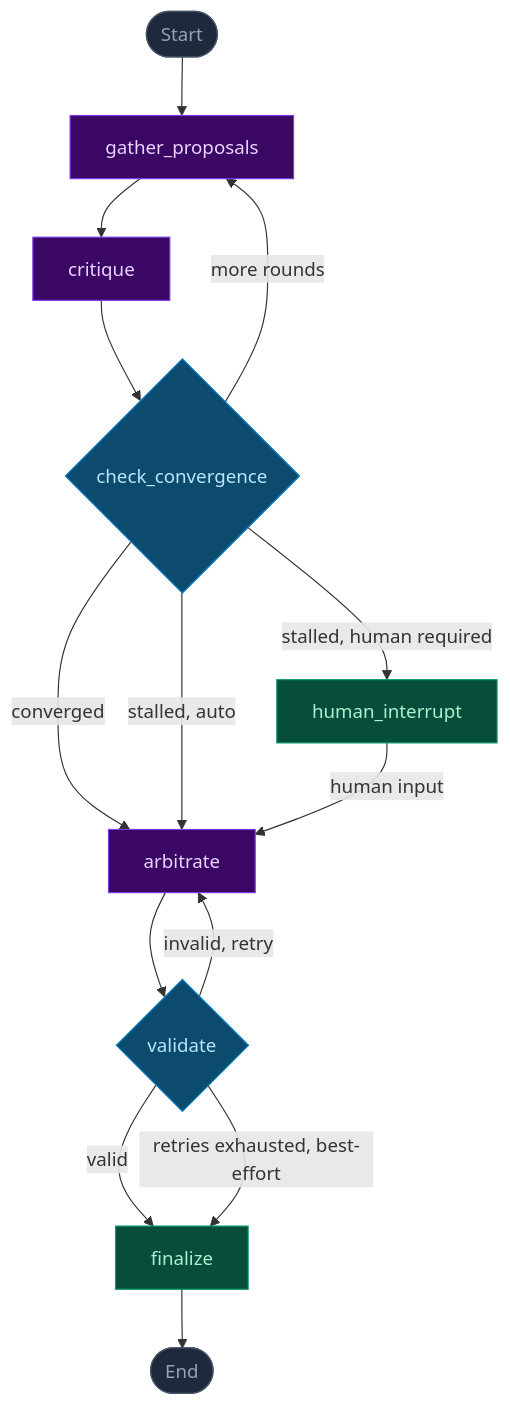
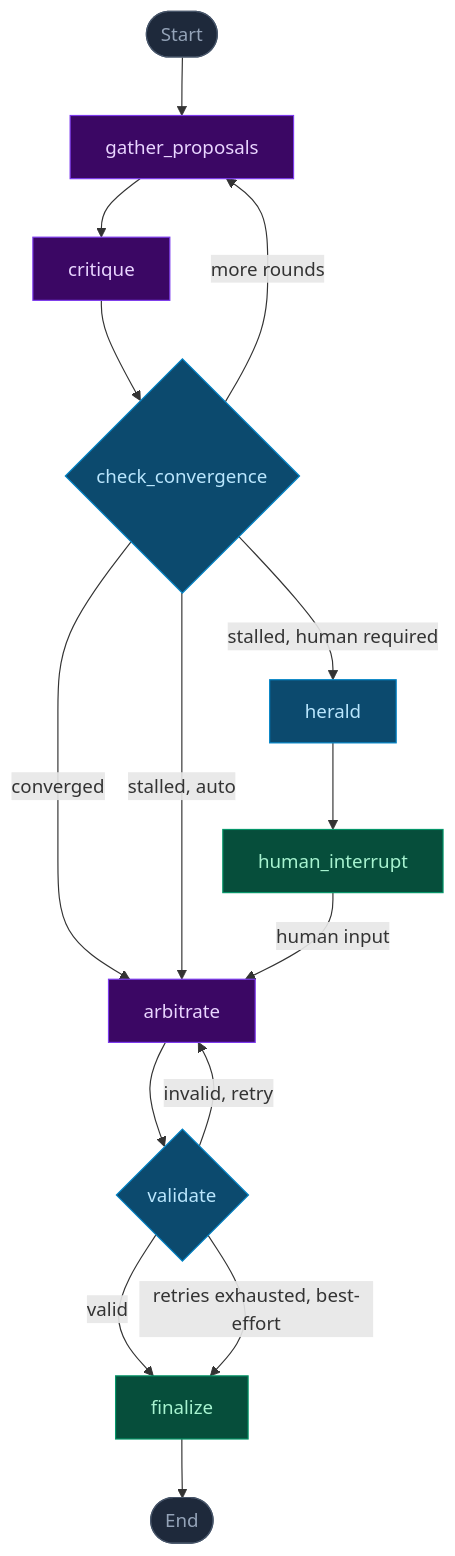
The diagram in docs/langgraph-workflow.md (Zoeyyhc/weekforge), drawn with Mermaid before and after one commit. The commit also changed other lines of this file and 3 other files, not shown here.

````diff
--- a/docs/langgraph-workflow.md
+++ b/docs/langgraph-workflow.md
@@ -5,33 +5,35 @@
 ```mermaid
 flowchart TD
     A([Start]) --> B
     B[gather_proposals] --> C
     C[critique] --> D
     D{check_convergence}
+    HER[herald]
     E[human_interrupt]
     F[arbitrate]
     G{validate}
     H[finalize]
     Z([End])
 
     D -->|converged| F
     D -->|more rounds| B
-    D -->|stalled, human required| E
+    D -->|stalled, human required| HER
     D -->|stalled, auto| F
+    HER --> E
     E -->|human input| F
     F --> G
     G -->|valid| H
     G -->|invalid, retry| F
     G -->|retries exhausted, best-effort| H
     H --> Z
 
     classDef crewai fill:#3b0764,stroke:#7c3aed,color:#e9d5ff
     classDef haiku  fill:#0c4a6e,stroke:#0284c7,color:#bae6fd
     classDef infra  fill:#064e3b,stroke:#059669,color:#a7f3d0
     classDef entry  fill:#1e293b,stroke:#475569,color:#94a3b8
 
     class B,C,F crewai
-    class D,G haiku
+    class D,G,HER haiku
     class E,H infra
     class A,Z entry
 ```
````
